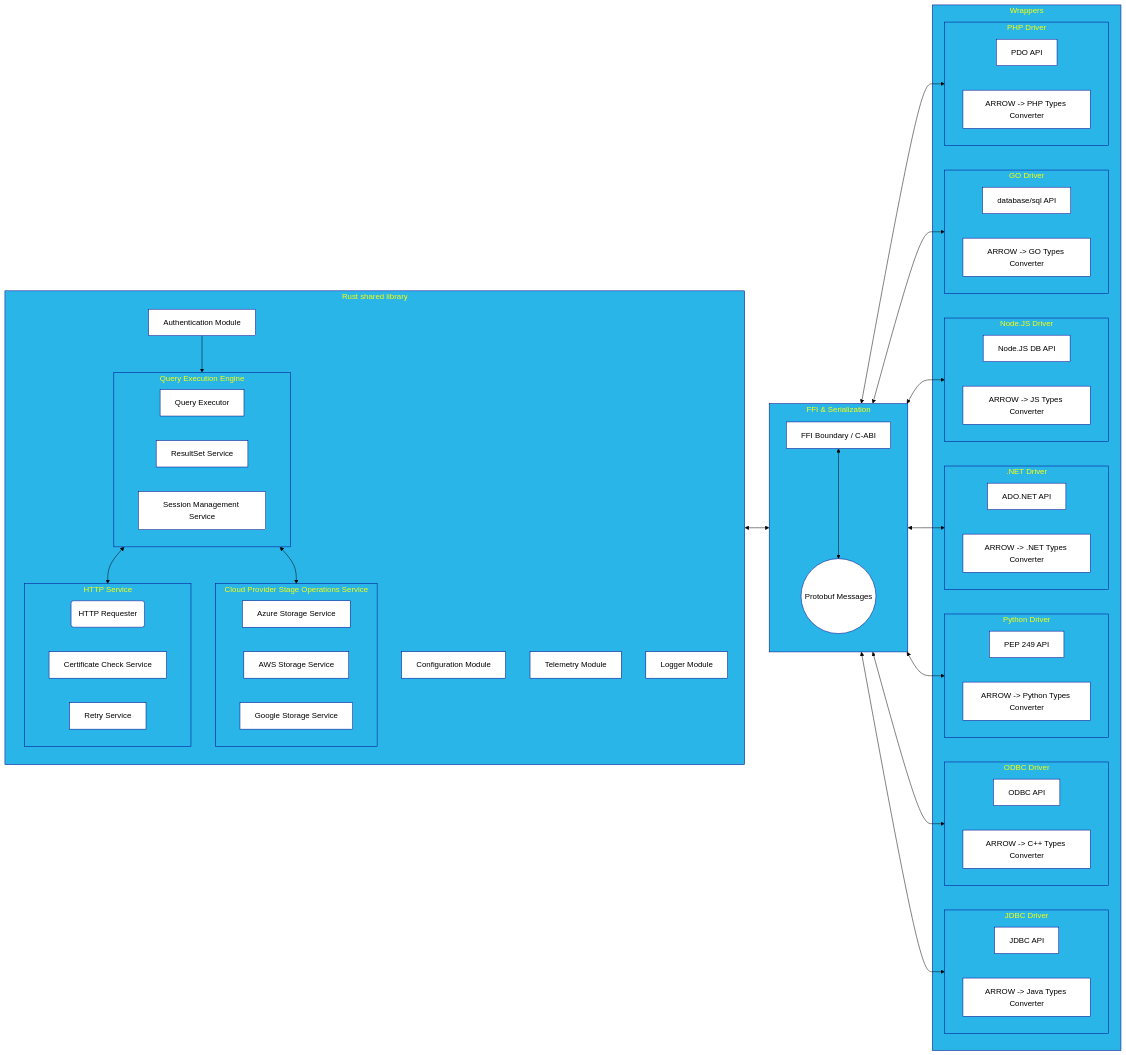
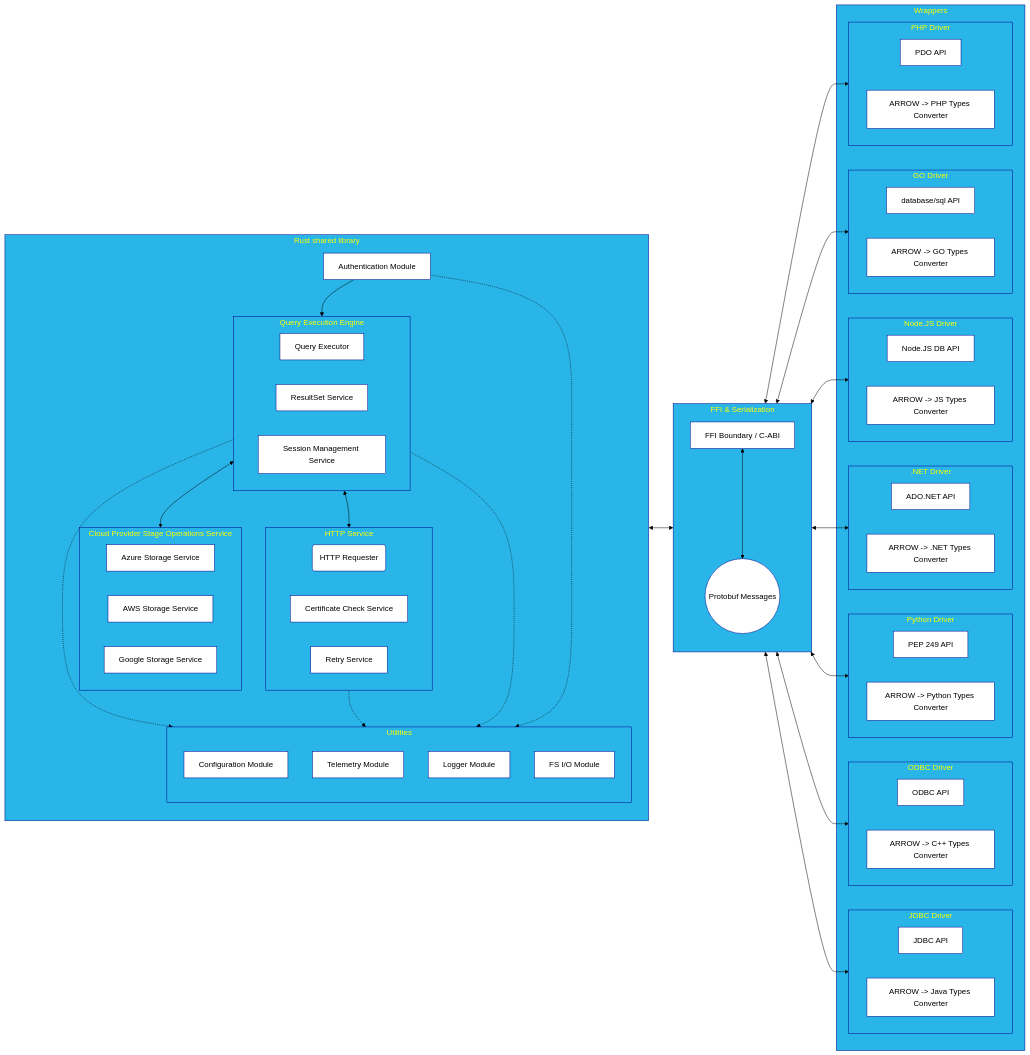
The first of 2 diagrams in doc/architecture.md (zeroshade/universal-driver), drawn with Mermaid before and after one commit.

Commit message:
Added IO module to diagrams (#353)

```diff
--- a/doc/architecture.md
+++ b/doc/architecture.md
@@ -29,9 +29,13 @@
             SESSION[Session Management Service]
         end
         AUTH[Authentication Module] 
-        CFG[Configuration Module]
-        TM[Telemetry Module]
-        LOG[Logger Module]
+        subgraph UTILS[Utilities]
+            direction TB
+            CFG[Configuration Module]
+            TM[Telemetry Module]
+            LOG[Logger Module]
+            IO[FS I/O Module]
+        end
         subgraph BLOB [Cloud Provider Stage Operations Service]
             AZ[Azure Storage Service]
             AWS[AWS Storage Service]
@@ -46,6 +50,11 @@
         AUTH-->SQL
         SQL<-->HTTP
         SQL<-->BLOB
+        
+        SQL-.->UTILS
+        HTTP-.->UTILS
+        SQL-.->UTILS
+        AUTH-.->UTILS
     end
 
     subgraph IL [FFI & Serialization]
```
